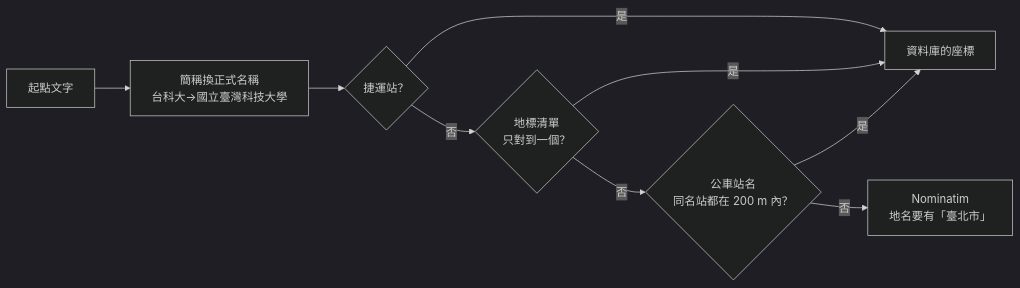
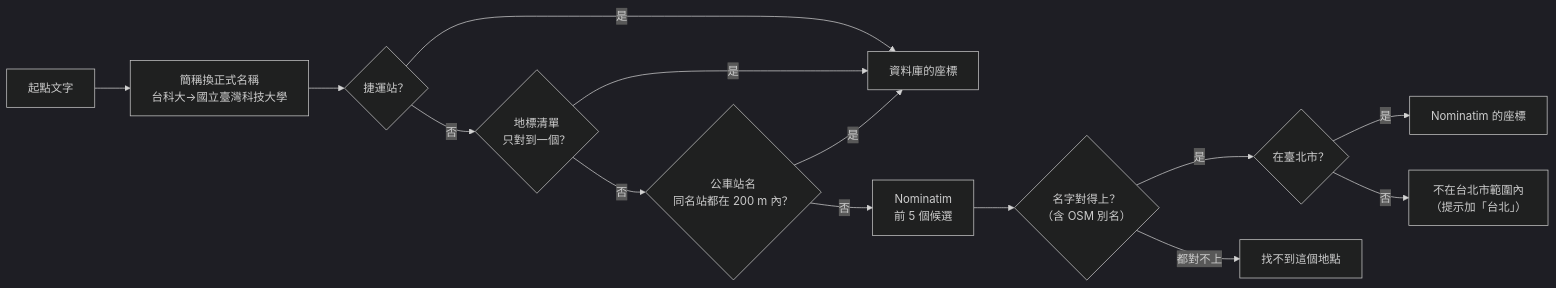
Before and after one commit to transit-reach/dev-notes: the third of 6 diagrams in design/architecture.md, drawn with Mermaid (dark theme). The commit also changed other lines of this file and 33 other files, not shown here.

Commit message:
11/7 regression test on 8080; architecture and AI-change table updated for 11/6

````diff
--- a/design/architecture.md
+++ b/design/architecture.md
@@ -61,11 +62,16 @@
 ```mermaid
 flowchart LR
     Q["起點文字"] --> AL["簡稱換正式名稱<br/>台科大→國立臺灣科技大學"]
     AL --> M{"捷運站？"}
     M -->|是| OK["資料庫的座標"]
     M -->|否| L{"地標清單<br/>只對到一個？"}
     L -->|是| OK
     L -->|否| B{"公車站名<br/>同名站都在 200 m 內？"}
     B -->|是| OK
-    B -->|否| NOM["Nominatim<br/>地名要有「臺北市」"]
+    B -->|否| NOM["Nominatim<br/>前 5 個候選"]
+    NOM --> NC{"名字對得上？<br/>（含 OSM 別名）"}
+    NC -->|是| R{"在臺北市？"}
+    NC -->|都對不上| NF["找不到這個地點"]
+    R -->|是| OK2["Nominatim 的座標"]
+    R -->|否| OUT["不在台北市範圍內<br/>（提示加「台北」）"]
 ```
````
